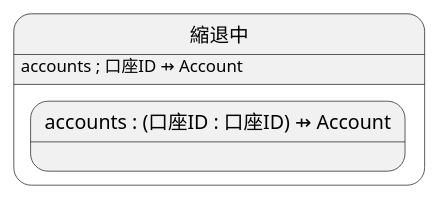
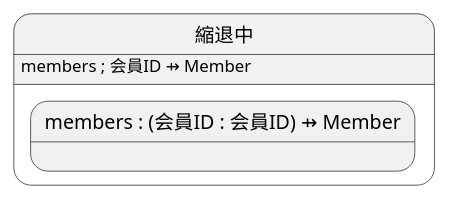
The second of 2 diagrams in docs/PROMOTION.md (Kuniwak/puml-parallel), drawn with PlantUML before and after one commit. The commit also changed other lines of this file and 60 other files, not shown here.

````diff
--- a/docs/PROMOTION.md
+++ b/docs/PROMOTION.md
@@ -161,7 +161,7 @@
 ```plantuml
 state "縮退中" as degraded {
-  degraded : accounts ; 口座ID ⇸ Account
+  degraded : members ; 会員ID ⇸ Member
 
-  state "accounts : (口座ID : 口座ID) ⇸ Account" as degradedAccounts <<promote>>
+  state "members : (会員ID : 会員ID) ⇸ Member" as degradedMembers <<promote>>
 }
 ```
````
